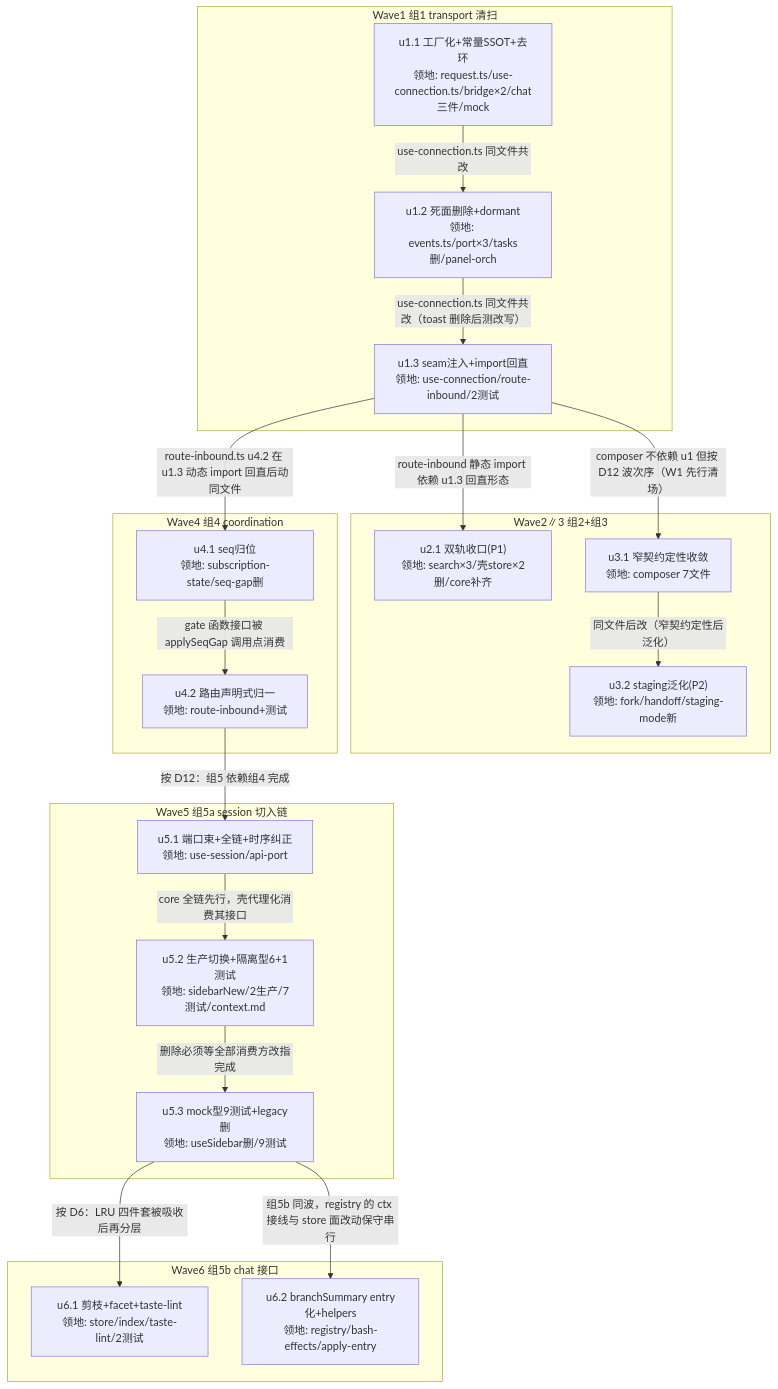
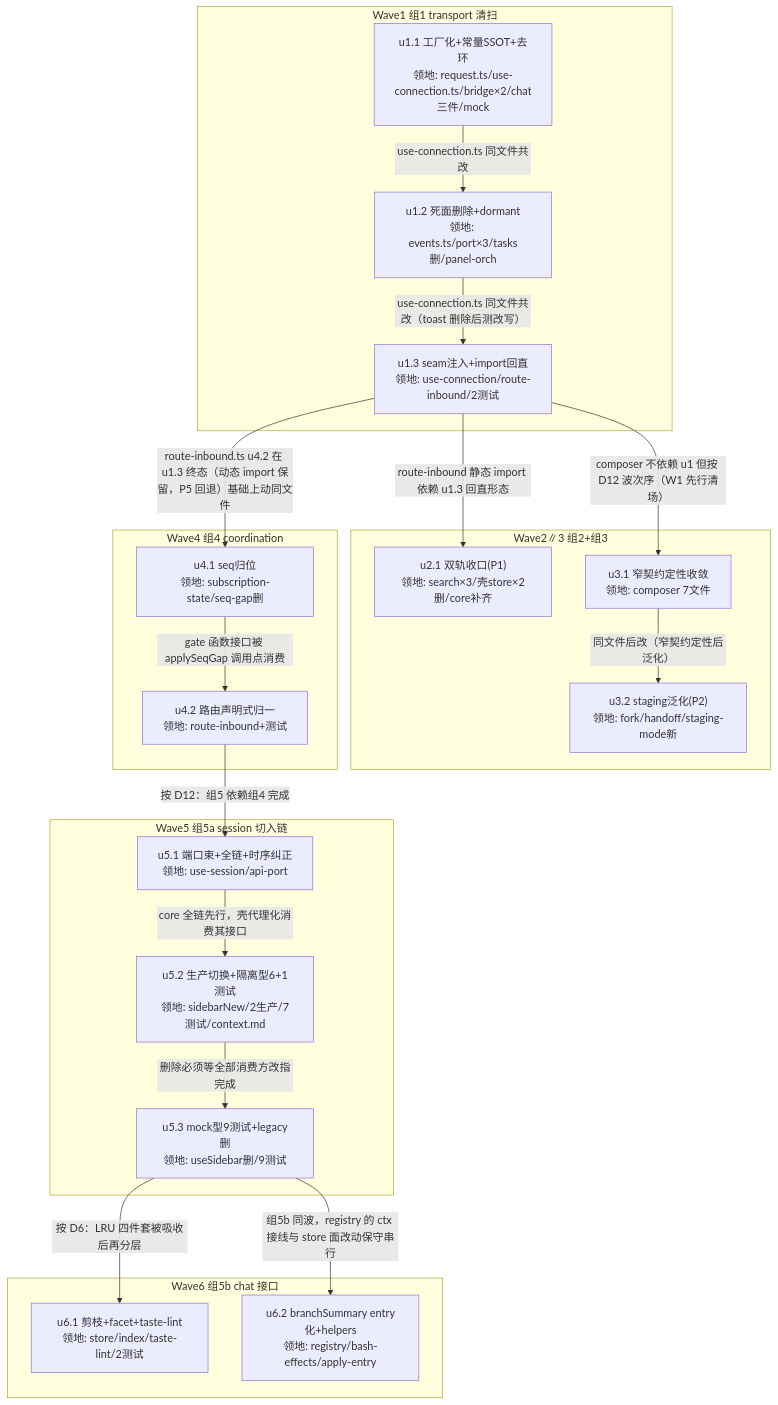
One commit to zhushanwen321/xyz-agent changed the diagram in docs/design/renderer-deepening.impl-plan.md. Above: the diagram before and after it, drawn with Mermaid. The commit also changed other lines of this file, not shown here.

````diff
--- a/docs/design/renderer-deepening.impl-plan.md
+++ b/docs/design/renderer-deepening.impl-plan.md
@@ -52,38 +52,38 @@
 ```mermaid
 graph TD
   subgraph W1[Wave1 组1 transport 清扫]
     U11["u1.1 工厂化+常量SSOT+去环<br/>领地: request.ts/use-connection.ts/bridge×2/chat三件/mock"]
     U12["u1.2 死面删除+dormant<br/>领地: events.ts/port×3/tasks删/panel-orch"]
     U13["u1.3 seam注入+import回直<br/>领地: use-connection/route-inbound/2测试"]
   end
   subgraph W23[Wave2∥3 组2+组3]
     U21["u2.1 双轨收口(P1)<br/>领地: search×3/壳store×2删/core补齐"]
     U31["u3.1 窄契约定性收敛<br/>领地: composer 7文件"]
     U32["u3.2 staging泛化(P2)<br/>领地: fork/handoff/staging-mode新"]
   end
   subgraph W4[Wave4 组4 coordination]
     U41["u4.1 seq归位<br/>领地: subscription-state/seq-gap删"]
     U42["u4.2 路由声明式归一<br/>领地: route-inbound+测试"]
   end
   subgraph W5[Wave5 组5a session 切入链]
     U51["u5.1 端口束+全链+时序纠正<br/>领地: use-session/api-port"]
     U52["u5.2 生产切换+隔离型6+1测试<br/>领地: sidebarNew/2生产/7测试/context.md"]
     U53["u5.3 mock型9测试+legacy删<br/>领地: useSidebar删/9测试"]
   end
   subgraph W6[Wave6 组5b chat 接口]
     U61["u6.1 剪枝+facet+taste-lint<br/>领地: store/index/taste-lint/2测试"]
     U62["u6.2 branchSummary entry化+helpers<br/>领地: registry/bash-effects/apply-entry"]
   end
   U11 -->|"use-connection.ts 同文件共改"| U12
   U12 -->|"use-connection.ts 同文件共改（toast 删除后测改写）"| U13
   U13 -->|"route-inbound 静态 import 依赖 u1.3 回直形态"| U21
   U13 -->|"composer 不依赖 u1 但按 D12 波次序（W1 先行清场）"| U31
   U31 -->|"同文件后改（窄契约定性后泛化）"| U32
-  U13 -->|"route-inbound.ts u4.2 在 u1.3 动态 import 回直后动同文件"| U41
+  U13 -->|"route-inbound.ts u4.2 在 u1.3 终态（动态 import 保留，P5 回退）基础上动同文件"| U41
   U41 -->|"gate 函数接口被 applySeqGap 调用点消费"| U42
   U42 -->|"按 D12：组5 依赖组4 完成"| U51
   U51 -->|"core 全链先行，壳代理化消费其接口"| U52
   U52 -->|"删除必须等全部消费方改指完成"| U53
   U53 -->|"按 D6：LRU 四件套被吸收后再分层"| U61
   U53 -->|"组5b 同波，registry 的 ctx 接线与 store 面改动保守串行"| U62
 ```
````
